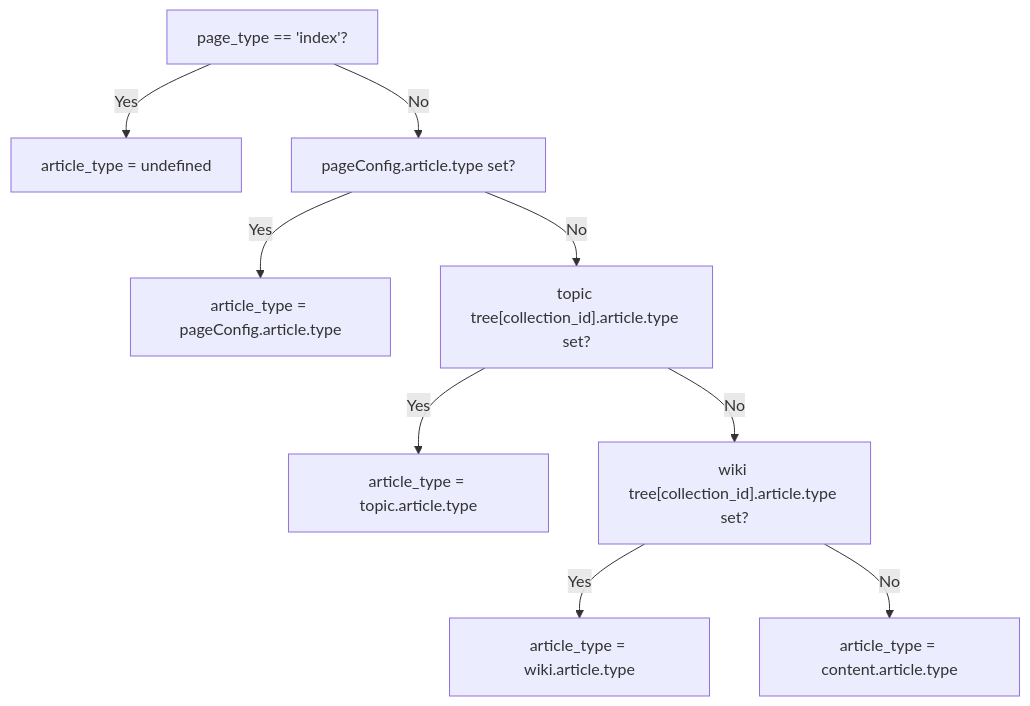
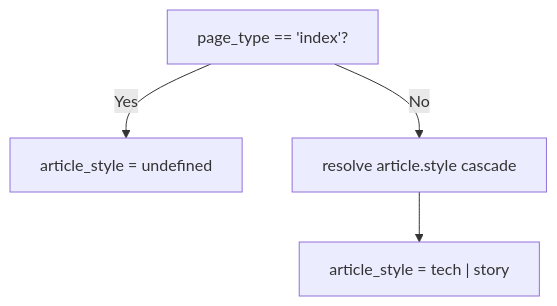
The third of 5 diagrams in docs/knowledge/02-布局系统/page-templates-routing.md (xaoxuu/hexo-theme-stellar), drawn with Mermaid before and after one commit. The commit also changed other lines of this file and 52 other files, not shown here.

Commit message:
refactor(v2): 收敛 Content 与 Collection 配置 (#727)

````diff
--- a/docs/knowledge/02-布局系统/page-templates-routing.md
+++ b/docs/knowledge/02-布局系统/page-templates-routing.md
@@ -126,11 +126,6 @@
 ```mermaid
 flowchart TD
-    A["page_type == 'index'?"] -->|Yes| B["article_type = undefined"]
-    A -->|No| C["pageConfig.article.type set?"]
-    C -->|Yes| D["article_type = pageConfig.article.type"]
-    C -->|No| E["topic tree[collection_id].article.type set?"]
-    E -->|Yes| F["article_type = topic.article.type"]
-    E -->|No| G["wiki tree[collection_id].article.type set?"]
-    G -->|Yes| H["article_type = wiki.article.type"]
-    G -->|No| I["article_type = content.article.type"]
+    A["page_type == 'index'?"] -->|Yes| B["article_style = undefined"]
+    A -->|No| C["resolve article.style cascade"]
+    C --> D["article_style = tech | story"]
 ```
````
